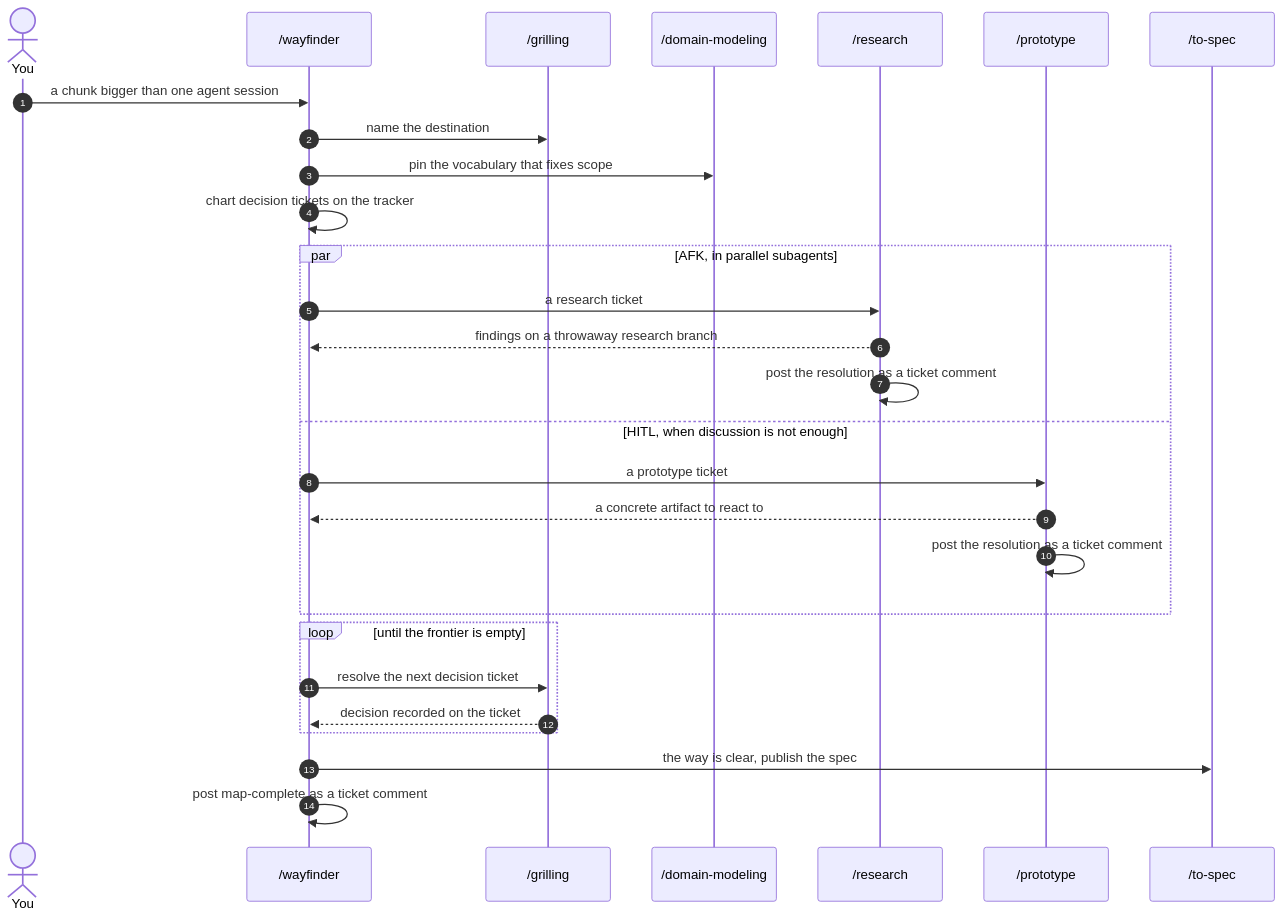
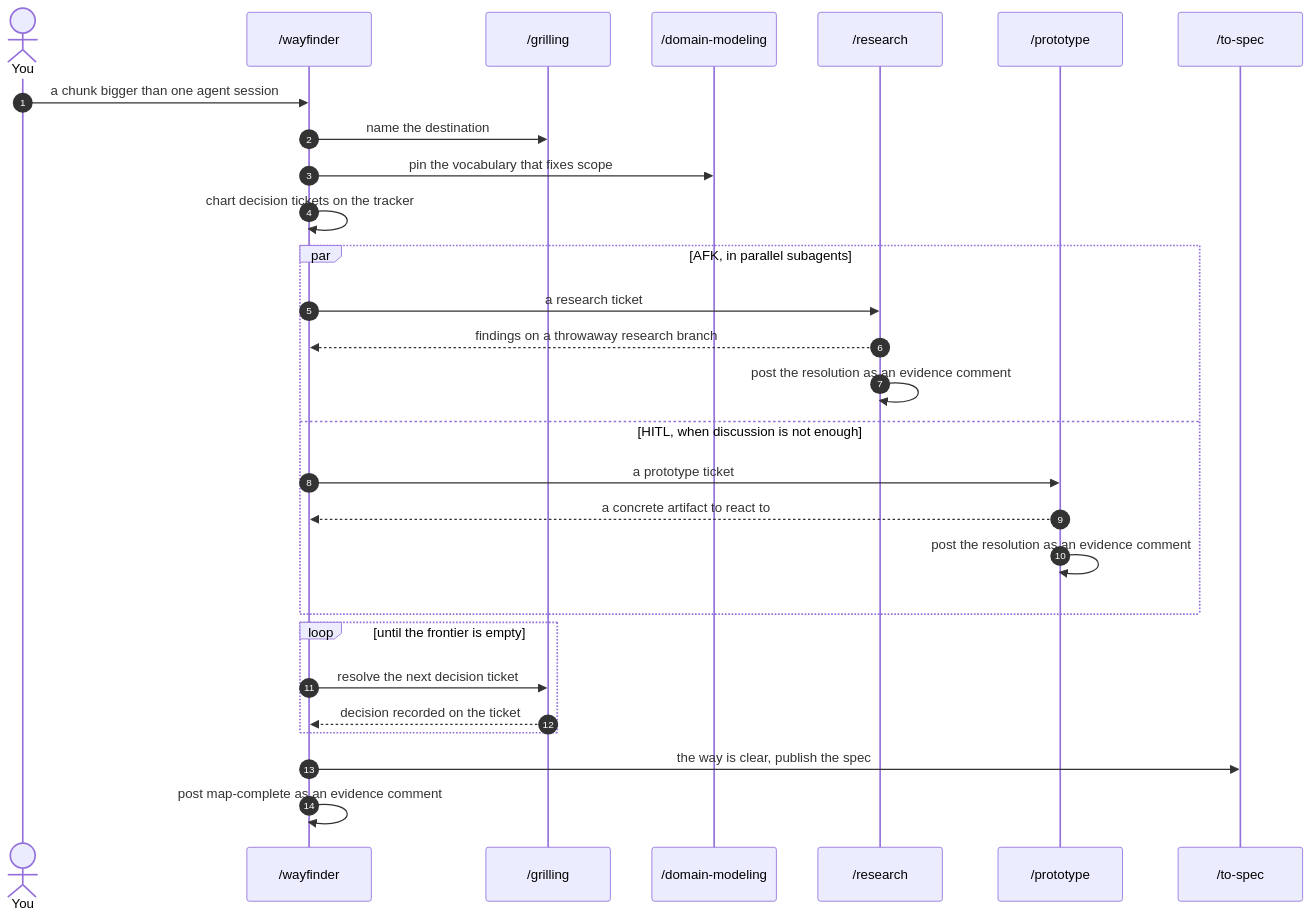
One commit to bradcstevens/git-loopy-skills changed the fifth of 12 diagrams in docs/skill-connections.md. Above: the diagram before and after it, drawn with Mermaid. The commit also changed other lines of this file and 1 other file, not shown here.

````diff
--- a/docs/skill-connections.md
+++ b/docs/skill-connections.md
@@ -267,34 +267,34 @@
 ```mermaid
 sequenceDiagram
     autonumber
     actor U as You
     participant WF as /wayfinder
     participant GR as /grilling
     participant DM as /domain-modeling
     participant RS as /research
     participant PR as /prototype
     participant TS as /to-spec
 
     U->>WF: a chunk bigger than one agent session
     WF->>GR: name the destination
     WF->>DM: pin the vocabulary that fixes scope
     WF->>WF: chart decision tickets on the tracker
 
     par AFK, in parallel subagents
         WF->>RS: a research ticket
         RS-->>WF: findings on a throwaway research branch
-        RS->>RS: post the resolution as a ticket comment
+        RS->>RS: post the resolution as an evidence comment
     and HITL, when discussion is not enough
         WF->>PR: a prototype ticket
         PR-->>WF: a concrete artifact to react to
-        PR->>PR: post the resolution as a ticket comment
+        PR->>PR: post the resolution as an evidence comment
     end
 
     loop until the frontier is empty
         WF->>GR: resolve the next decision ticket
         GR-->>WF: decision recorded on the ticket
     end
 
     WF->>TS: the way is clear, publish the spec
-    WF->>WF: post map-complete as a ticket comment
+    WF->>WF: post map-complete as an evidence comment
 ```
````
